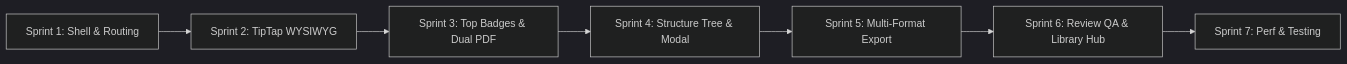
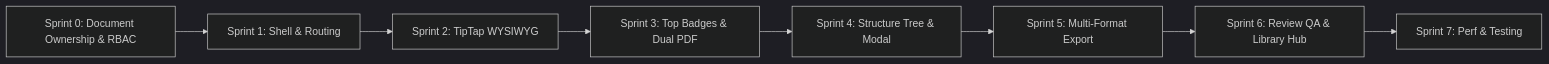
The diagram in OCR_STUDIO_UX_REDESIGN_PLAN.md (tarundeep2610/ClauseGraph), drawn with Mermaid (dark theme) before and after one commit. The commit also changed other lines of this file and 92 other files, not shown here.

Commit message:
feat: implement OCR Studio redesign with TipTap editor, Library Home, RBAC, and multi-format export

````diff
--- a/OCR_STUDIO_UX_REDESIGN_PLAN.md
+++ b/OCR_STUDIO_UX_REDESIGN_PLAN.md
@@ -221,9 +223,10 @@
 ```mermaid
 graph LR
-    P1[Sprint 1: Shell & Routing] --> P2[Sprint 2: TipTap WYSIWYG]
+    P0[Sprint 0: Document Ownership & RBAC] --> P1[Sprint 1: Shell & Routing]
+    P1 --> P2[Sprint 2: TipTap WYSIWYG]
     P2 --> P3[Sprint 3: Top Badges & Dual PDF]
     P3 --> P4[Sprint 4: Structure Tree & Modal]
     P4 --> P5[Sprint 5: Multi-Format Export]
     P5 --> P6[Sprint 6: Review QA & Library Hub]
     P6 --> P7[Sprint 7: Perf & Testing]
 ```
````
